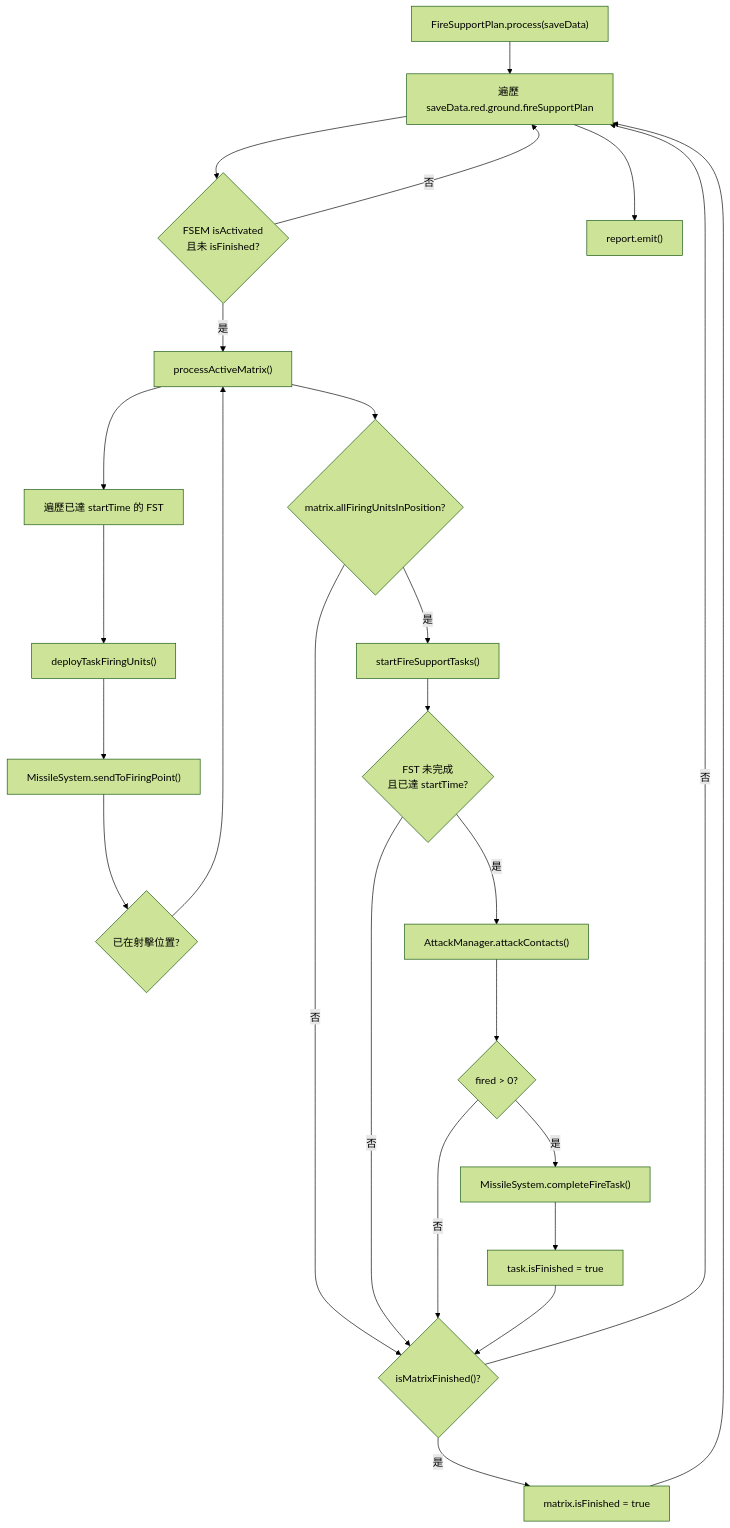
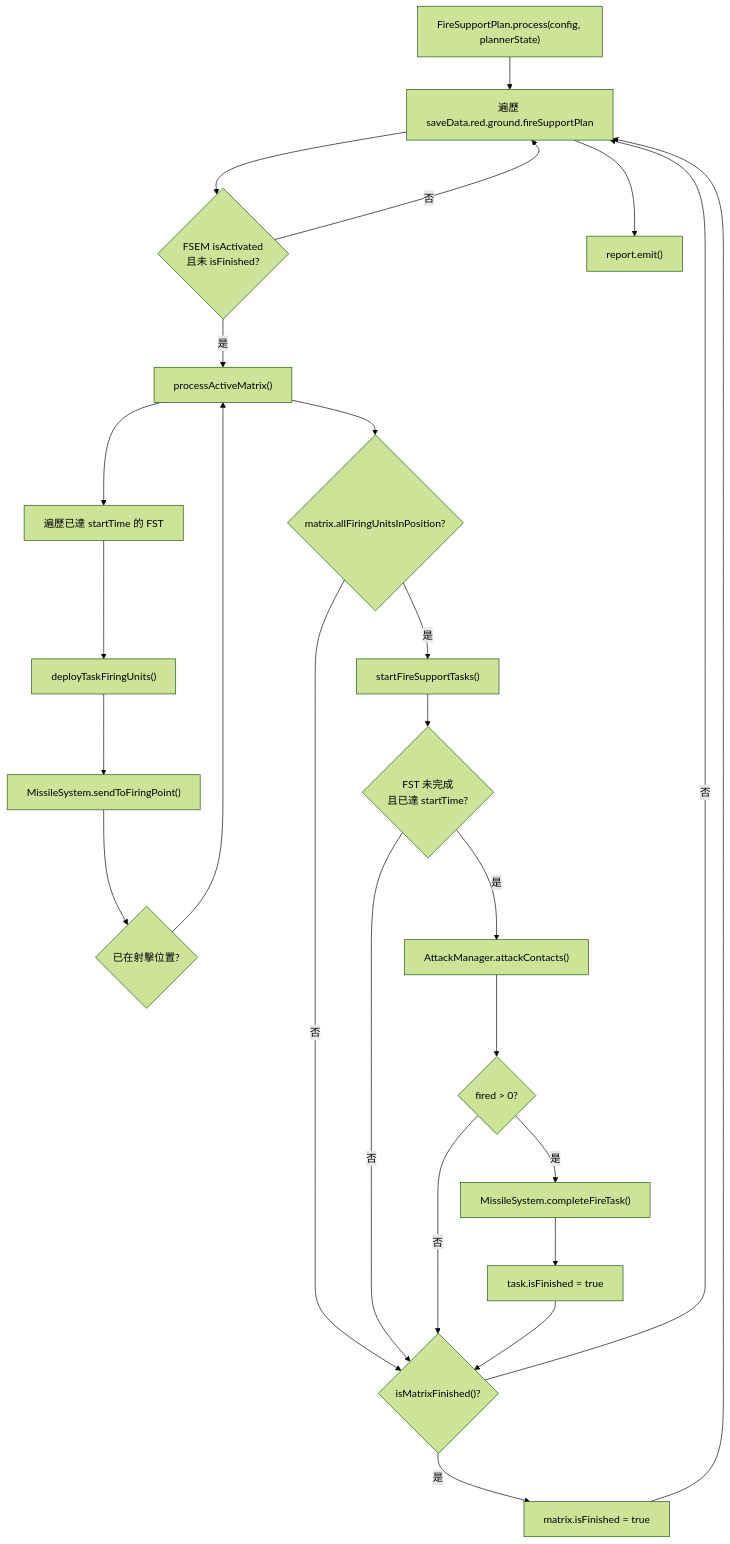
One commit to pullupjumper/formosa-in-flames changed the diagram in docs/strikePlanner/fireSupportPlan.md. Above: the diagram before and after it, drawn with Mermaid (forest theme). The commit also changed other lines of this file and 45 other files, not shown here.

````diff
--- a/docs/strikePlanner/fireSupportPlan.md
+++ b/docs/strikePlanner/fireSupportPlan.md
@@ -98,46 +98,46 @@
 ```mermaid
 flowchart TD
-    START["FireSupportPlan.process(saveData)"]
+    START["FireSupportPlan.process(config, plannerState)"]
     LOOP["遍歷 saveData.red.ground.fireSupportPlan"]
     ACTIVE{"FSEM isActivated<br/>且未 isFinished?"}
     PROCESS["processActiveMatrix()"]
     DEPLOY_TASK["遍歷已達 startTime 的 FST"]
     DEPLOY_UNIT["deployTaskFiringUnits()"]
     SEND["MissileSystem.sendToFiringPoint()"]
     STATIC{"已在射擊位置?"}
     ALL_READY{"matrix.allFiringUnitsInPosition?"}
     EXECUTE["startFireSupportTasks()"]
     TASK_READY{"FST 未完成<br/>且已達 startTime?"}
     ATTACK["AttackManager.attackContacts()"]
     FIRED{"fired > 0?"}
     STOW["MissileSystem.completeFireTask()"]
     TASK_DONE["task.isFinished = true"]
     MATRIX_DONE{"isMatrixFinished()?"}
     FINISH["matrix.isFinished = true"]
     LOG["report.emit()"]
 
     START --> LOOP
     LOOP --> ACTIVE
     ACTIVE -->|否| LOOP
     ACTIVE -->|是| PROCESS
     PROCESS --> DEPLOY_TASK
     DEPLOY_TASK --> DEPLOY_UNIT
     DEPLOY_UNIT --> SEND
     SEND --> STATIC
     STATIC --> PROCESS
     PROCESS --> ALL_READY
     ALL_READY -->|是| EXECUTE
     ALL_READY -->|否| MATRIX_DONE
     EXECUTE --> TASK_READY
     TASK_READY -->|是| ATTACK
     TASK_READY -->|否| MATRIX_DONE
     ATTACK --> FIRED
     FIRED -->|是| STOW
     FIRED -->|否| MATRIX_DONE
     STOW --> TASK_DONE
     TASK_DONE --> MATRIX_DONE
     MATRIX_DONE -->|是| FINISH
     MATRIX_DONE -->|否| LOOP
     FINISH --> LOOP
     LOOP --> LOG
 ```
````
